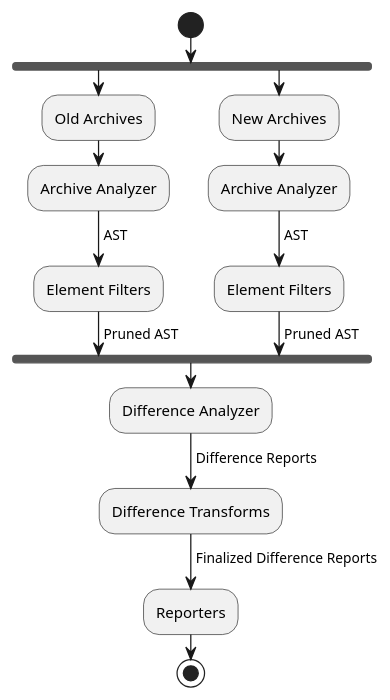
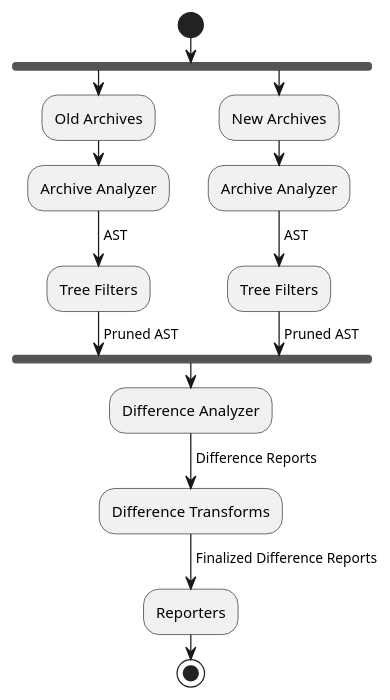
One commit to revapi/revapi changed the diagram in revapi/src/site/modules/ROOT/pages/architecture.adoc. Above: the diagram before and after it, drawn with PlantUML. The commit also changed other lines of this file and 40 other files, not shown here.

```diff
--- a/revapi/src/site/modules/ROOT/pages/architecture.adoc
+++ b/revapi/src/site/modules/ROOT/pages/architecture.adoc
@@ -18,23 +18,23 @@
 [plantuml]
 ....
 start
 fork
   :Old Archives;
   :Archive Analyzer;
   ->AST;
-  :Element Filters;
+  :Tree Filters;
   ->Pruned AST;
 fork again
   :New Archives;
   :Archive Analyzer;
   ->AST;
-  :Element Filters;
+  :Tree Filters;
   ->Pruned AST;
 end fork
 :Difference Analyzer;
 ->Difference Reports;
 :Difference Transforms;
 ->Finalized Difference Reports;
 :Reporters;
 stop
 ....
```
